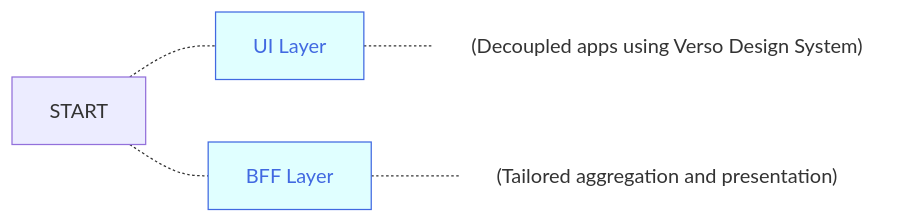
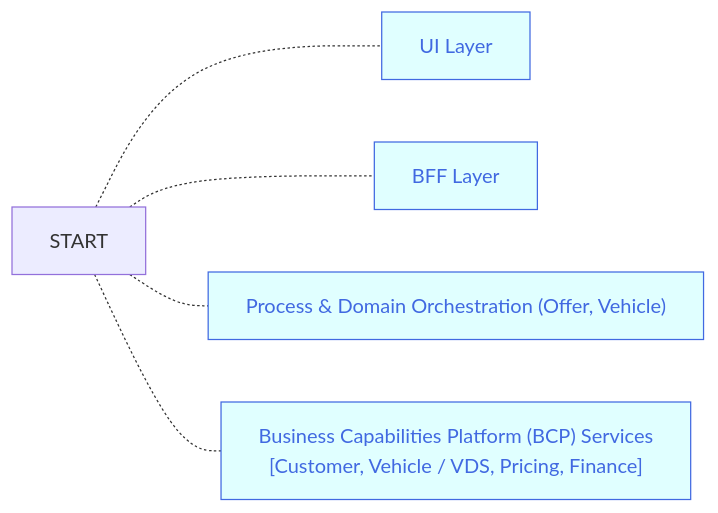
One commit to joe-dorward/samples changed the first of 2 diagrams in buttons_mermaid_v4.md. Above: the diagram before and after it, drawn with Mermaid.

````diff
--- a/buttons_mermaid_v4.md
+++ b/buttons_mermaid_v4.md
@@ -1,33 +1,38 @@
 ```mermaid
   %%{
     init: {
       "flowchart": { "markdownAutoWrap":"false", "textWrap":"false", "wrappingWidth": "100%" }
     }
   }%%
   flowchart LR
 
   classDef Button fill:lightcyan, stroke:royalblue, color:royalblue;
   classDef Note fill:transparent, stroke-width:0px
   %% ---------- ---------- ---------- ---------- ---------- ---------- ---------- ---------- ---------- ----------
   START[START]
 
     BUTTON_01["UI Layer"]:::Button
     click BUTTON_01 "https://en.wikipedia.org/wiki/Main_Page" _blank
-    BUTTON_01_NOTE["(Decoupled apps using Verso Design System)"]:::Note
 
     BUTTON_02["BFF Layer"]:::Button
     click BUTTON_02 "https://en.wikipedia.org/wiki/Main_Page" _blank
-    BUTTON_02_NOTE["(Tailored aggregation and presentation)"]:::Note
 
+    BUTTON_03["Process & Domain Orchestration (Offer, Vehicle)"]:::Button
+    click BUTTON_03 "https://en.wikipedia.org/wiki/Main_Page" _blank
+
+    BUTTON_04["Business Capabilities Platform (BCP) Services<br/>[Customer, Vehicle / VDS, Pricing, Finance]"]:::Button
+    click BUTTON_04 "https://en.wikipedia.org/wiki/Main_Page" _blank
 
   START-.-
-  BUTTON_01-.-
-  BUTTON_01_NOTE
+  BUTTON_01
 
   START-.-
-  BUTTON_02-.-
-  BUTTON_02_NOTE
+  BUTTON_02
 
+  START-.-
+  BUTTON_03
 
+  START-.-
+  BUTTON_04
 
 ```
````
